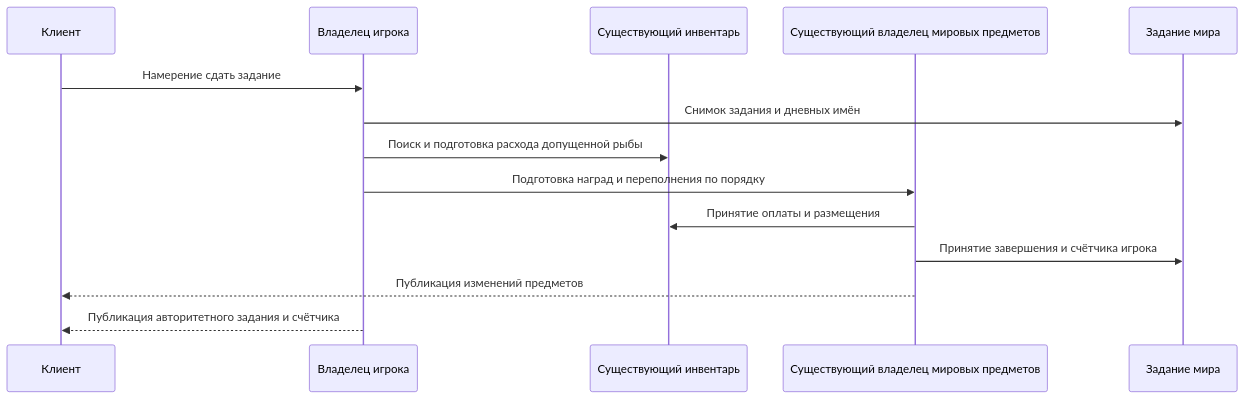
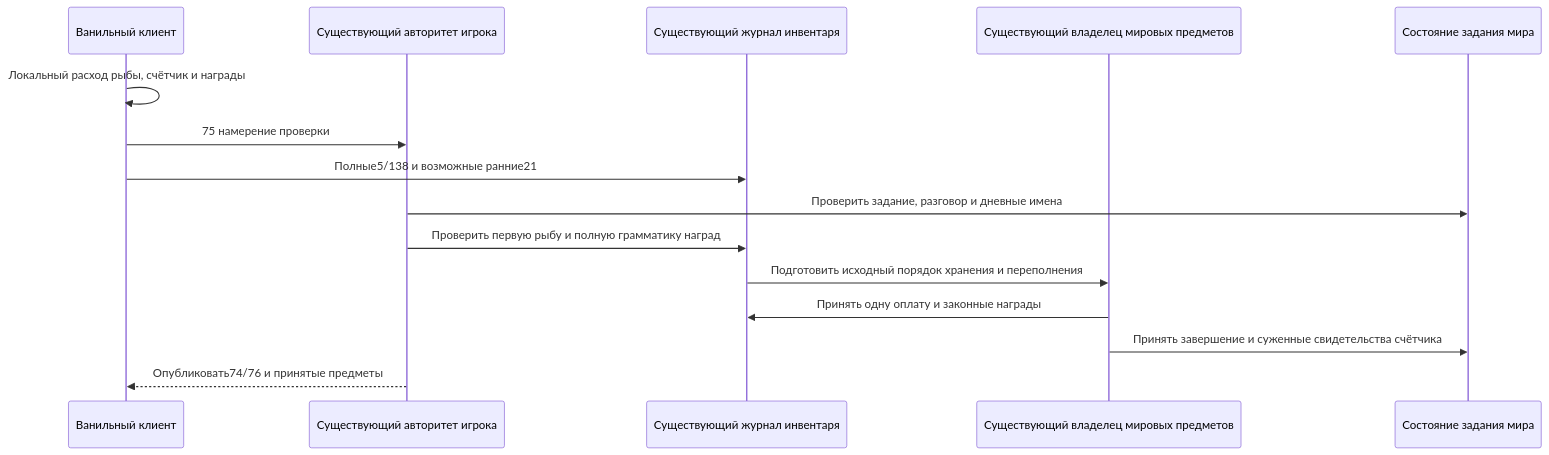
The diagram in docs/ru/angler-quest-authority-1458.md (VegaKernel/TerraRuntime), drawn with Mermaid before and after one commit. The commit also changed other lines of this file and 51 other files, not shown here.

````diff
--- a/docs/ru/angler-quest-authority-1458.md
+++ b/docs/ru/angler-quest-authority-1458.md
@@ -11,16 +13,17 @@
 ```mermaid
 sequenceDiagram
-    participant Client as Клиент
-    participant Player as Владелец игрока
-    participant Inventory as Существующий инвентарь
+    participant Client as Ванильный клиент
+    participant Player as Существующий авторитет игрока
+    participant Inventory as Существующий журнал инвентаря
     participant Rewards as Существующий владелец мировых предметов
-    participant World as Задание мира
-    Client->>Player: Намерение сдать задание
-    Player->>World: Снимок задания и дневных имён
-    Player->>Inventory: Поиск и подготовка расхода допущенной рыбы
-    Player->>Rewards: Подготовка наград и переполнения по порядку
-    Rewards->>Inventory: Принятие оплаты и размещения
-    Rewards->>World: Принятие завершения и счётчика игрока
-    Rewards-->>Client: Публикация изменений предметов
-    Player-->>Client: Публикация авторитетного задания и счётчика
+    participant World as Состояние задания мира
+    Client->>Client: Локальный расход рыбы, счётчик и награды
+    Client->>Player:75 намерение проверки
+    Client->>Inventory: Полные5/138 и возможные ранние21
+    Player->>World: Проверить задание, разговор и дневные имена
+    Player->>Inventory: Проверить первую рыбу и полную грамматику наград
+    Inventory->>Rewards: Подготовить исходный порядок хранения и переполнения
+    Rewards->>Inventory: Принять одну оплату и законные награды
+    Rewards->>World: Принять завершение и суженные свидетельства счётчика
+    Player-->>Client: Опубликовать74/76 и принятые предметы
 ```
````
